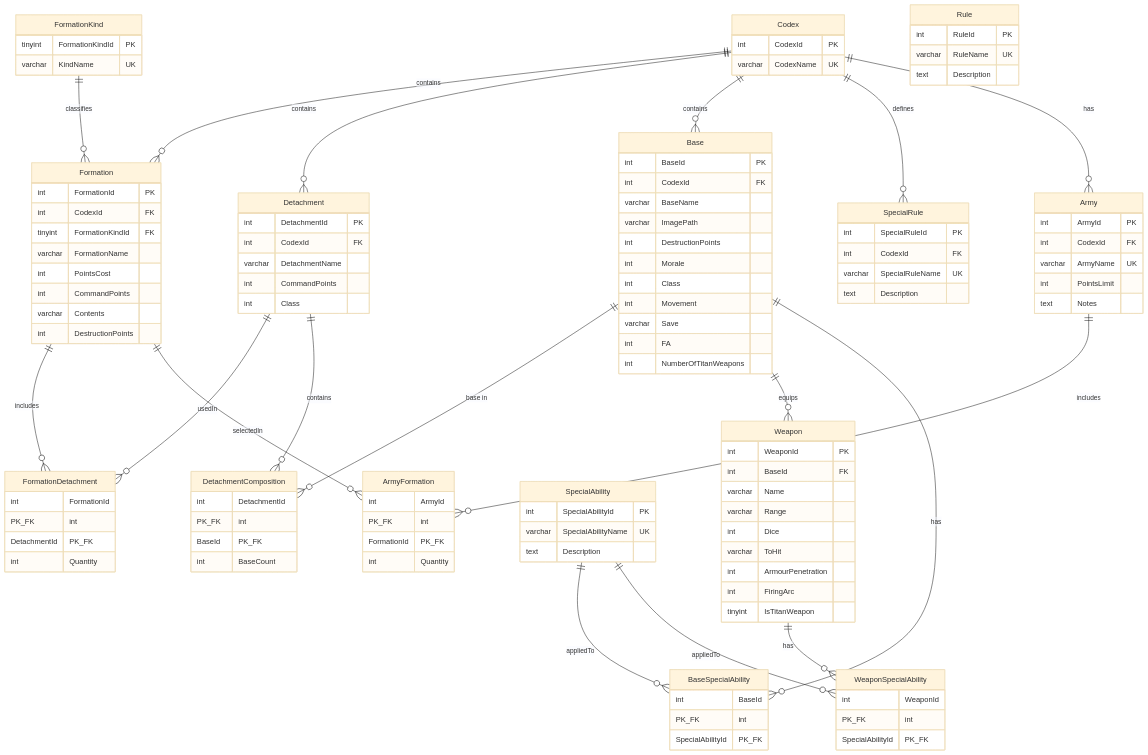
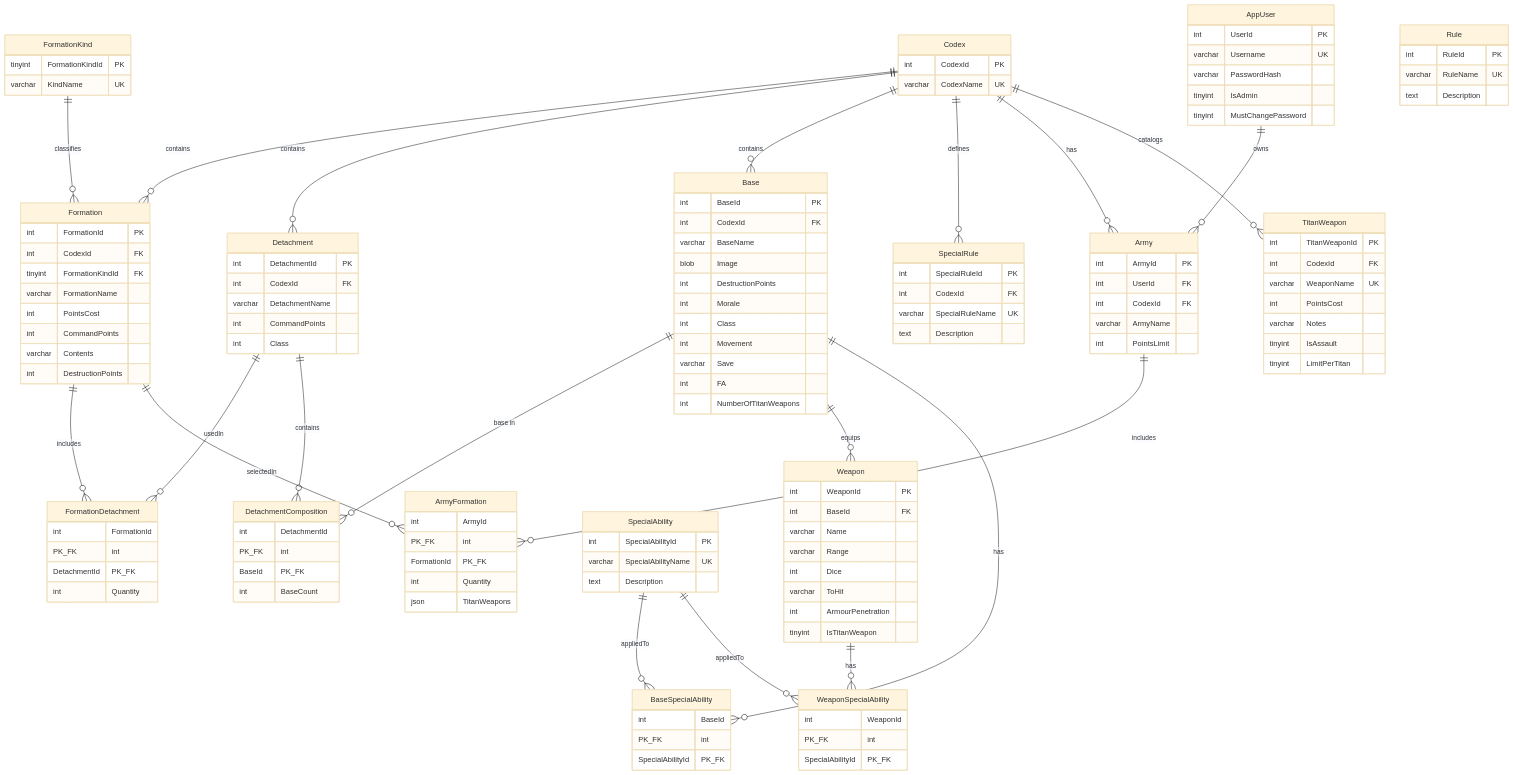
Before and after one commit to Phusck/Baguettepic: the diagram in Database/schema-erd.md, drawn with Mermaid (base theme). The commit also changed other lines of this file and 122 other files, not shown here.

````diff
--- a/Database/schema-erd.md
+++ b/Database/schema-erd.md
@@ -13,6 +13,7 @@
     Codex ||--o{ Base : contains
     Codex ||--o{ SpecialRule : defines
     Codex ||--o{ Army : has
+    AppUser ||--o{ Army : owns
     FormationKind ||--o{ Formation : classifies
     Formation ||--o{ FormationDetachment : includes
     Detachment ||--o{ FormationDetachment : usedIn
@@ -25,6 +26,7 @@
     Weapon ||--o{ WeaponSpecialAbility : has
     Army ||--o{ ArmyFormation : includes
     Formation ||--o{ ArmyFormation : selectedIn
+    Codex ||--o{ TitanWeapon : catalogs
 
     Codex {
         int CodexId PK
@@ -65,7 +67,7 @@
         int BaseId PK
         int CodexId FK
         varchar BaseName
-        varchar ImagePath
+        blob Image
         int DestructionPoints
         int Morale
         int Class
@@ -89,7 +91,6 @@
         int Dice
         varchar ToHit
         int ArmourPenetration
-        int FiringArc
         tinyint IsTitanWeapon
     }
 
@@ -122,17 +123,36 @@
         text Description
     }
 
+    AppUser {
+        int UserId PK
+        varchar Username UK
+        varchar PasswordHash
+        tinyint IsAdmin
+        tinyint MustChangePassword
+    }
+
     Army {
         int ArmyId PK
+        int UserId FK
         int CodexId FK
-        varchar ArmyName UK
+        varchar ArmyName
         int PointsLimit
-        text Notes
     }
 
     ArmyFormation {
         int ArmyId PK_FK
         int FormationId PK_FK
         int Quantity
+        json TitanWeapons
+    }
+
+    TitanWeapon {
+        int TitanWeaponId PK
+        int CodexId FK
+        varchar WeaponName UK
+        int PointsCost
+        varchar Notes
+        tinyint IsAssault
+        tinyint LimitPerTitan
     }
 ```
````
